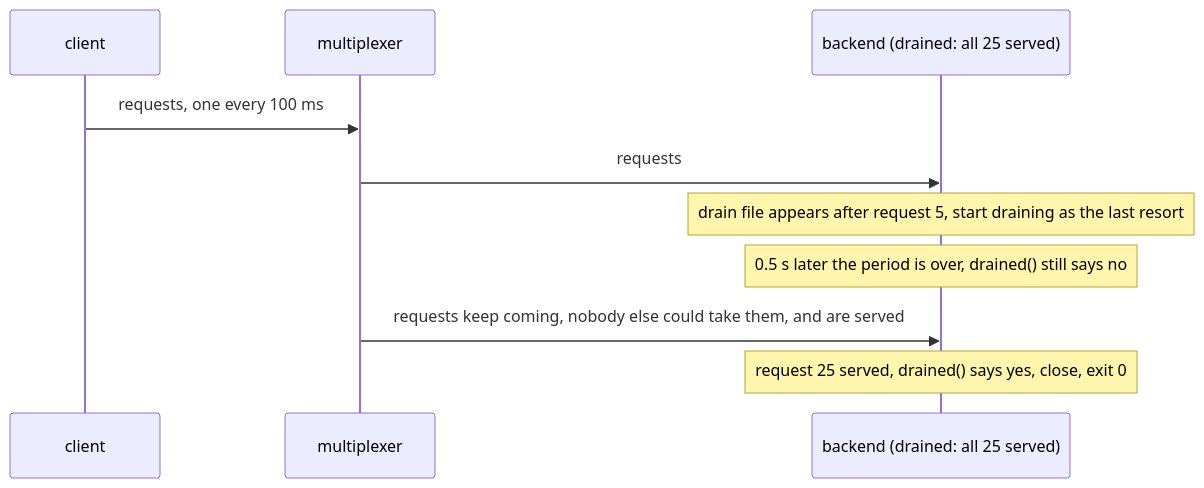
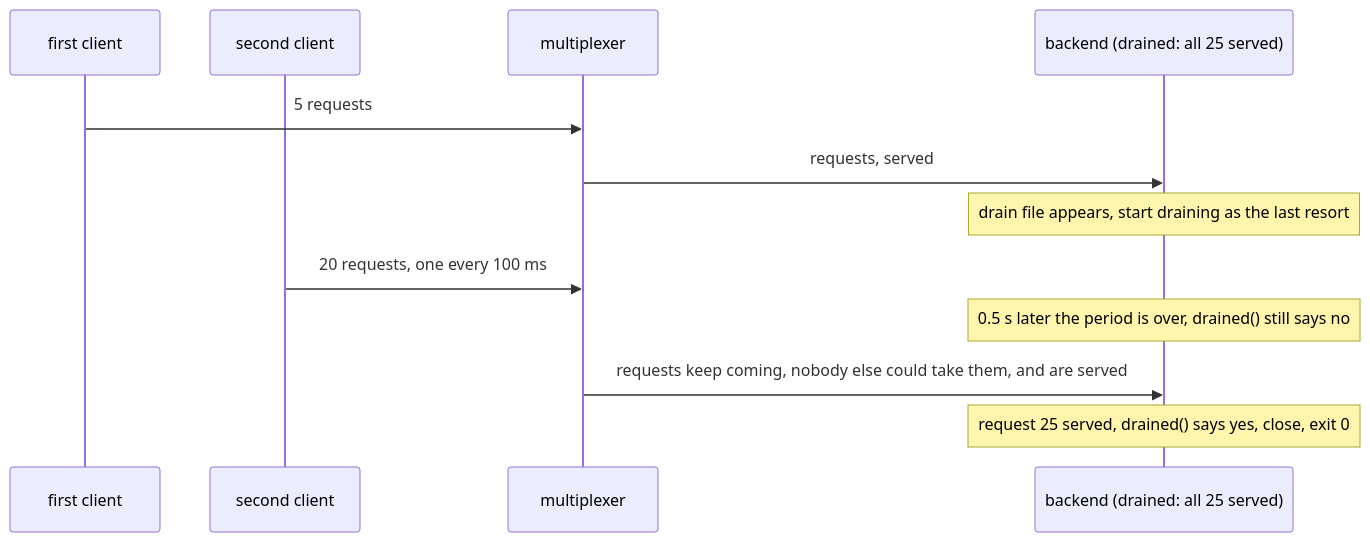
Before and after one commit to kulewski/multiplexer: the diagram in tests/scenarios/backend_drains_until_done/README.md, drawn with Mermaid. The commit also changed other lines of this file and 90 other files, not shown here.

````diff
--- a/tests/scenarios/backend_drains_until_done/README.md
+++ b/tests/scenarios/backend_drains_until_done/README.md
@@ -14,12 +16,14 @@
 ```mermaid
 sequenceDiagram
-    participant C as client
+    participant C1 as first client
+    participant C2 as second client
     participant M as multiplexer
     participant B as backend (drained: all 25 served)
-    C->>M: requests, one every 100 ms
-    M->>B: requests
-    Note over B: drain file appears after request 5, start draining as the last resort
+    C1->>M: 5 requests
+    M->>B: requests, served
+    Note over B: drain file appears, start draining as the last resort
+    C2->>M: 20 requests, one every 100 ms
     Note over B: 0.5 s later the period is over, drained() still says no
     M->>B: requests keep coming, nobody else could take them, and are served
     Note over B: request 25 served, drained() says yes, close, exit 0
 ```
````
